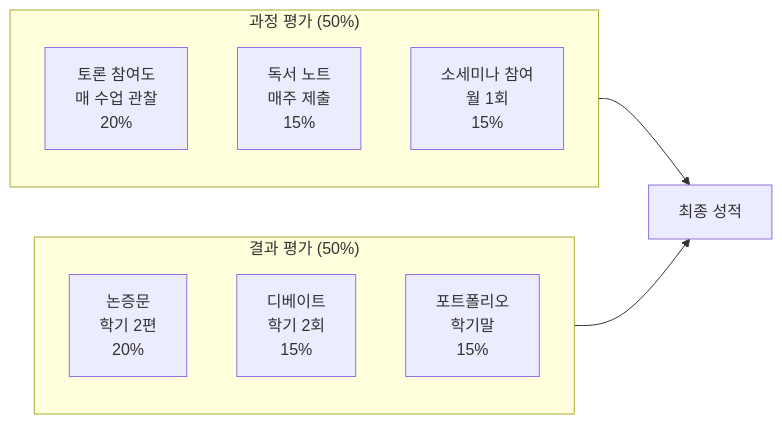
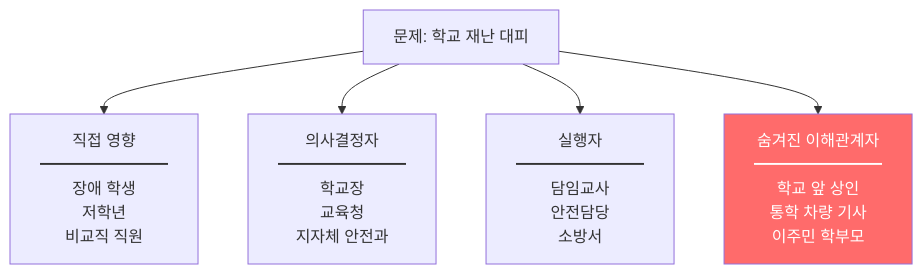
One commit to Collegenie-X/ReadingClueProject changed the second of 4 diagrams in 아이디어/독서토론_고등과정_실전운영_매뉴얼.md. Above: the diagram before and after it, drawn with Mermaid. The commit also changed other lines of this file and 7 other files, not shown here.

````diff
--- a/아이디어/독서토론_고등과정_실전운영_매뉴얼.md
+++ b/아이디어/독서토론_고등과정_실전운영_매뉴얼.md
@@ -335,15 +136,10 @@
 ```mermaid
-flowchart LR
-    subgraph 과정평가["과정 평가 (50%)"]
-        A1[토론 참여도<br/>매 수업 관찰<br/>20%]
-        A2[독서 노트<br/>매주 제출<br/>15%]
-        A3[소세미나 참여<br/>월 1회<br/>15%]
-    end
-    subgraph 결과평가["결과 평가 (50%)"]
-        B1[논증문<br/>학기 2편<br/>20%]
-        B2[디베이트<br/>학기 2회<br/>15%]
-        B3[포트폴리오<br/>학기말<br/>15%]
-    end
-    과정평가 --> C[최종 성적]
-    결과평가 --> C
+graph TD
+    T["문제: 학교 재난 대피"]
+    T --> A["직접 영향<br/>━━━━━━━━<br/>장애 학생<br/>저학년<br/>비교직 직원"]
+    T --> B["의사결정자<br/>━━━━━━━━<br/>학교장<br/>교육청<br/>지자체 안전과"]
+    T --> C["실행자<br/>━━━━━━━━<br/>담임교사<br/>안전담당<br/>소방서"]
+    T --> D["숨겨진 이해관계자<br/>━━━━━━━━<br/>학교 앞 상인<br/>통학 차량 기사<br/>이주민 학부모"]
+    
+    style D fill:#ff6b6b,color:#fff
 ```
````
